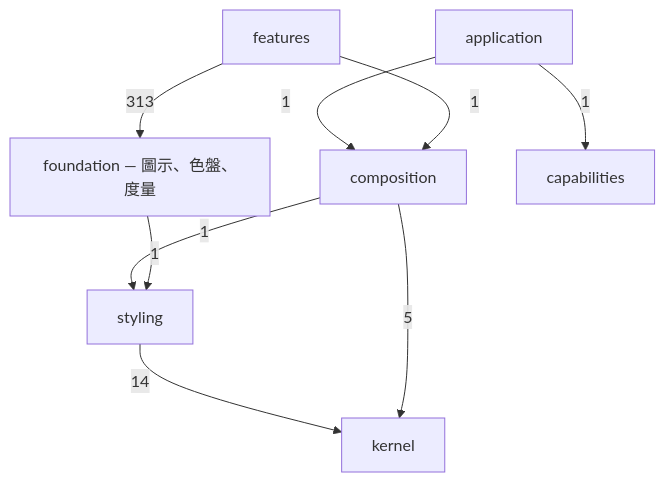
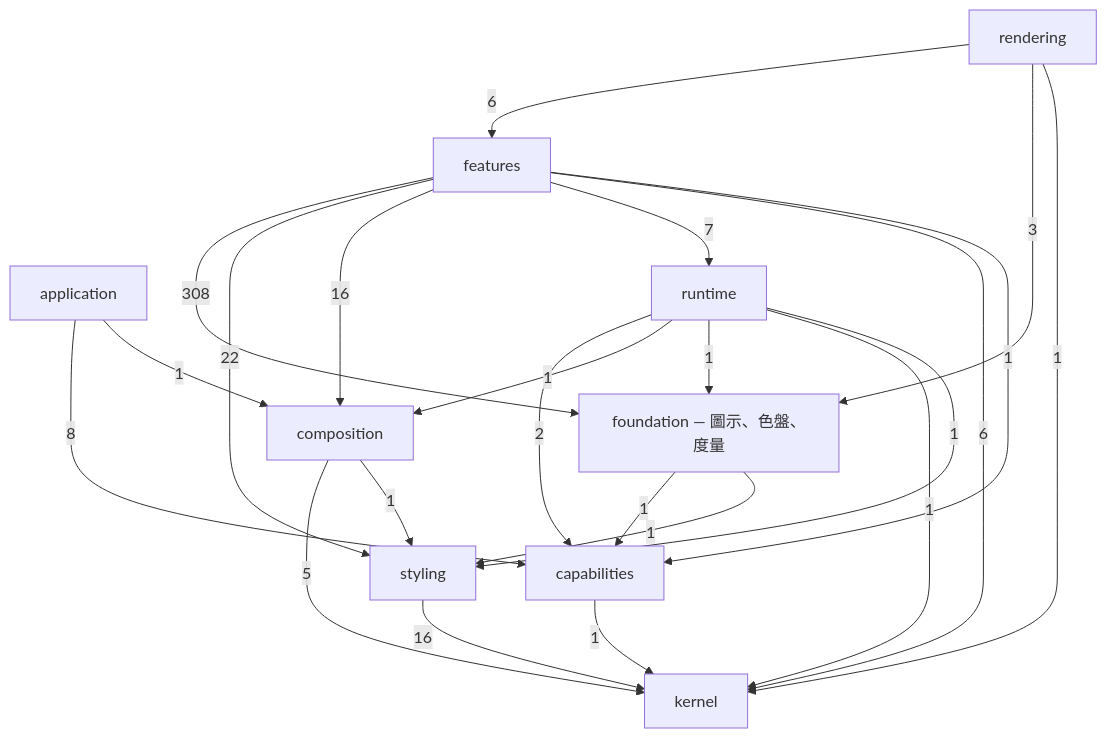
Before and after one commit to MiuDog/Kallopis: the first of 2 diagrams in spec/component-inventory.md, drawn with Mermaid. The commit also changed other lines of this file and 9688 other files, not shown here.

Commit message:
Prepare isolated Flow F2 peer baseline

````diff
--- a/spec/component-inventory.md
+++ b/spec/component-inventory.md
@@ -18,12 +18,26 @@
 ```mermaid
 graph TD
   foundation["foundation — 圖示、色盤、度量"]
-  features -->|313| foundation
-  styling -->|14| kernel
+  features -->|308| foundation
+  features -->|22| styling
+  features -->|16| composition
+  styling -->|16| kernel
+  application -->|8| capabilities
+  features -->|7| runtime
+  features -->|6| kernel
+  rendering -->|6| features
   composition -->|5| kernel
-  application -->|1| capabilities
+  rendering -->|3| foundation
+  runtime -->|2| capabilities
   application -->|1| composition
+  capabilities -->|1| kernel
   composition -->|1| styling
-  features -->|1| composition
+  features -->|1| capabilities
+  foundation -->|1| capabilities
   foundation -->|1| styling
+  rendering -->|1| kernel
+  runtime -->|1| composition
+  runtime -->|1| foundation
+  runtime -->|1| kernel
+  runtime -->|1| styling
 ```
````
